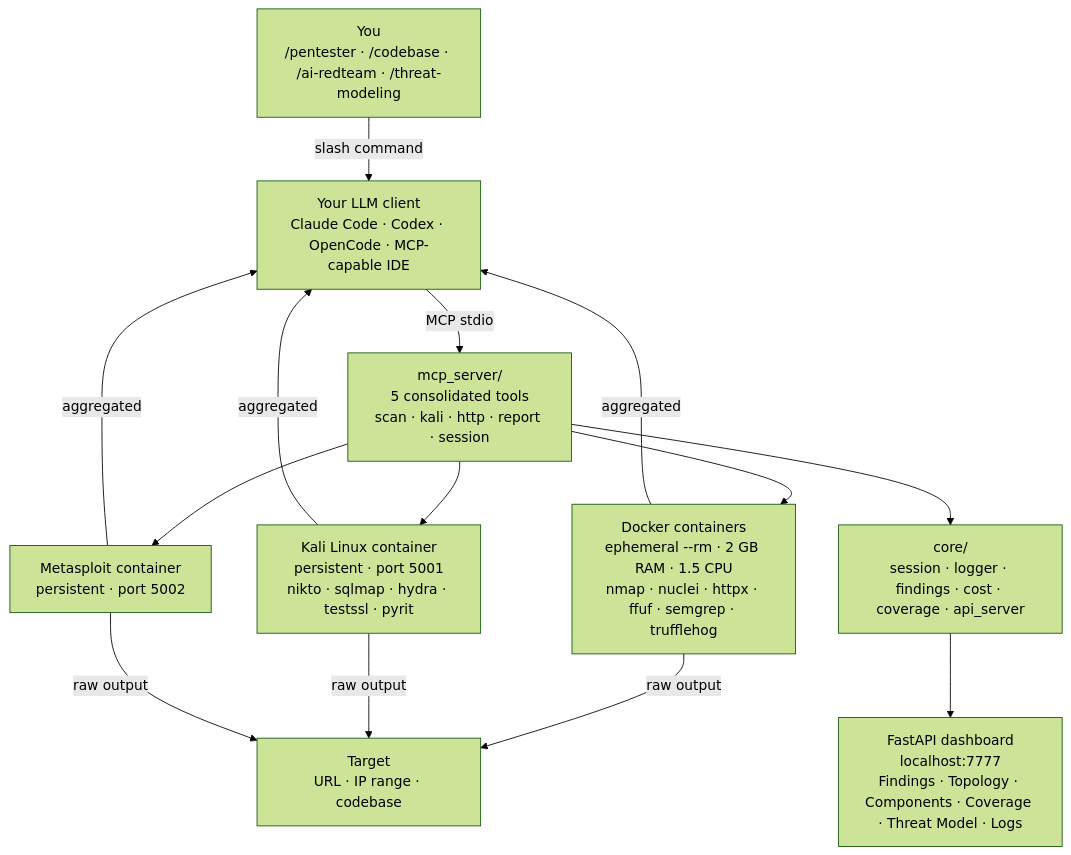
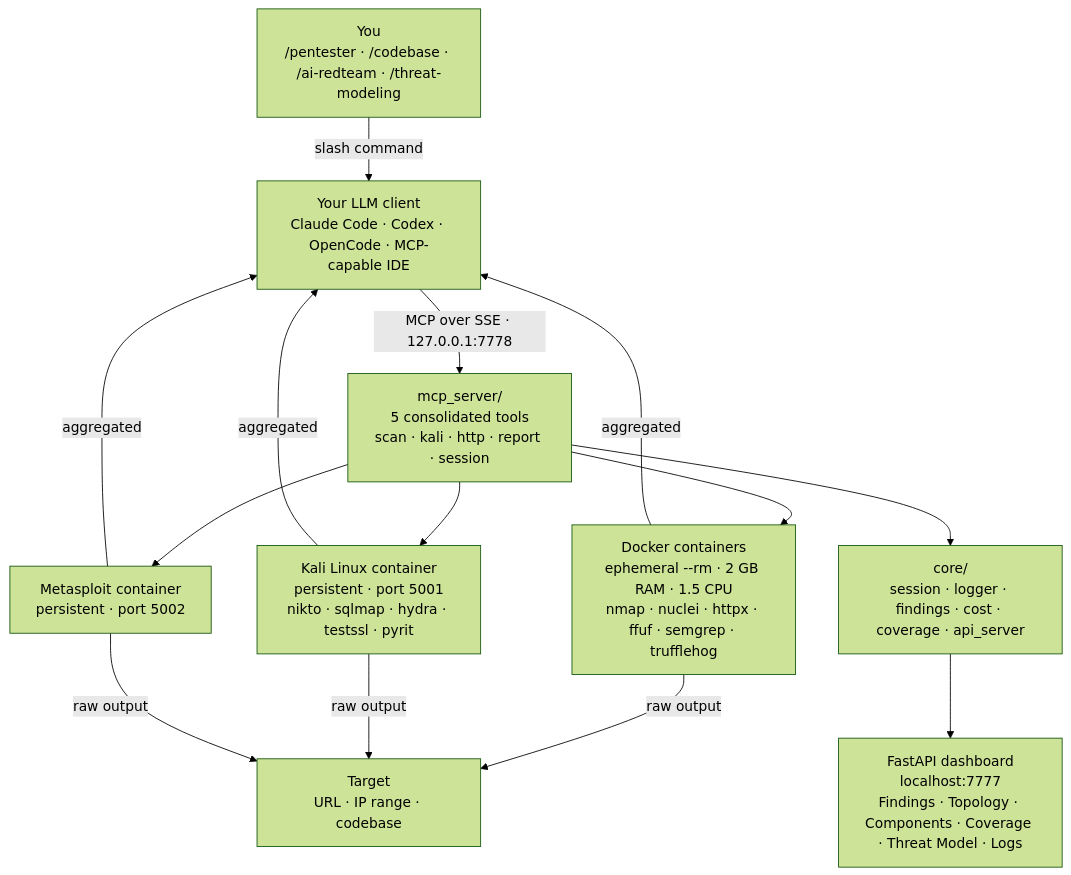
The diagram in docs/architecture.md (0x0pointer/agent-smith), drawn with Mermaid (forest theme) before and after one commit. The commit also changed other lines of this file and 9 other files, not shown here.

````diff
--- a/docs/architecture.md
+++ b/docs/architecture.md
@@ -26,26 +28,26 @@
 ```mermaid
 flowchart TD
     User["You<br/>/pentester · /codebase · /ai-redteam · /threat-modeling"]
     Agent["Your LLM client<br/>Claude Code · Codex · OpenCode · MCP-capable IDE"]
     MCP["mcp_server/<br/>5 consolidated tools<br/>scan · kali · http · report · session"]
     Docker["Docker containers<br/>ephemeral --rm · 2 GB RAM · 1.5 CPU<br/>nmap · nuclei · httpx · ffuf · semgrep · trufflehog"]
     Kali["Kali Linux container<br/>persistent · port 5001<br/>nikto · sqlmap · hydra · testssl · pyrit"]
     Msf["Metasploit container<br/>persistent · port 5002"]
     Core["core/<br/>session · logger · findings · cost · coverage · api_server"]
     Dashboard["FastAPI dashboard<br/>localhost:7777<br/>Findings · Topology · Components · Coverage · Threat Model · Logs"]
     Target["Target<br/>URL · IP range · codebase"]
 
     User -->|slash command| Agent
-    Agent -->|MCP stdio| MCP
+    Agent -->|MCP over SSE · 127.0.0.1:7778| MCP
     MCP --> Docker
     MCP --> Kali
     MCP --> Msf
     MCP --> Core
     Core --> Dashboard
     Docker -->|raw output| Target
     Kali  -->|raw output| Target
     Msf   -->|raw output| Target
     Docker -->|aggregated| Agent
     Kali   -->|aggregated| Agent
     Msf    -->|aggregated| Agent
 ```
````
